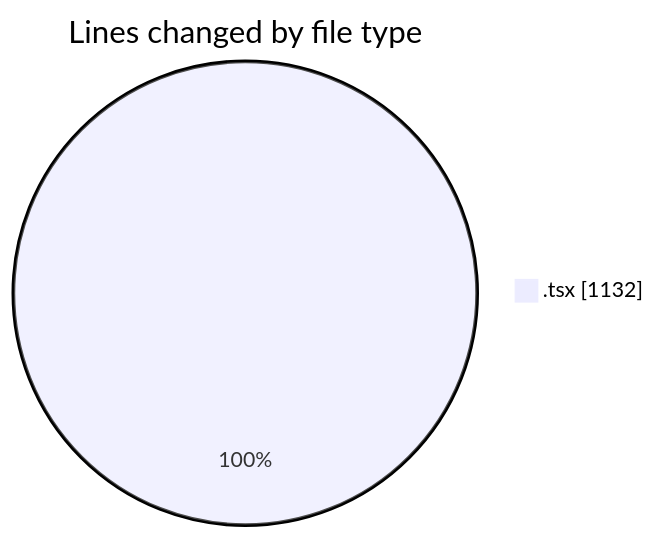
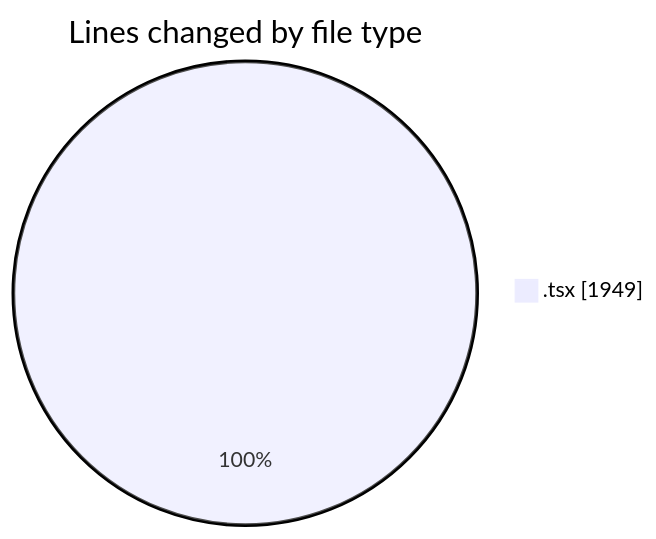
Before and after one commit to nxtqubesakshisongat/code-tracking: the first of 2 diagrams in 2026-04-05/nxtqube_webapp/README.md, drawn with Mermaid. The commit also changed other lines of this file and 1 other file, not shown here.

````diff
--- a/2026-04-05/nxtqube_webapp/README.md
+++ b/2026-04-05/nxtqube_webapp/README.md
@@ -20,5 +22,5 @@
 ```mermaid
 pie showData
 title Lines changed by file type
-".tsx" : 1132
+".tsx" : 1949
 ```
````
